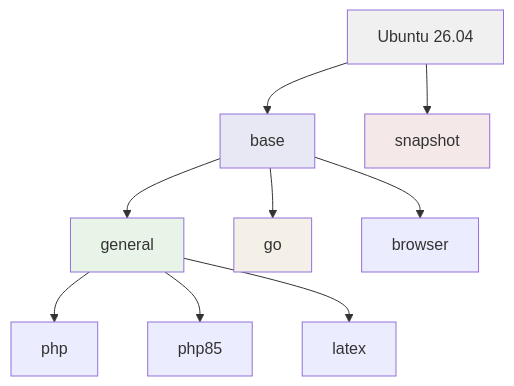
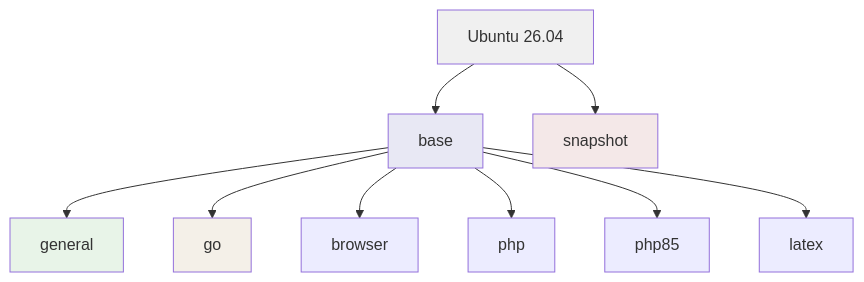
The third of 3 diagrams in docs/user/container-operations.md (devbasex/devbase), drawn with Mermaid before and after one commit. The commit also changed other lines of this file and 2 other files, not shown here.

First line of the commit message:
docs: イメージの表と図の継承元を各 Dockerfile の FROM に合わせる（#251）

````diff
--- a/docs/user/container-operations.md
+++ b/docs/user/container-operations.md
@@ -384,17 +384,17 @@
 ```mermaid
 graph TD
     A[Ubuntu 26.04] --> B[base]
     B --> C[general]
     B --> G[go]
     B --> J[browser]
-    C --> D[php]
-    C --> I[php85]
-    C --> E[latex]
+    B --> D[php]
+    B --> I[php85]
+    B --> E[latex]
     A --> H[snapshot]
 
     style A fill:#f0f0f0
     style B fill:#e8e8f4
     style C fill:#e8f4e8
     style G fill:#f4f0e8
     style H fill:#f4e8e8
 ```
````
